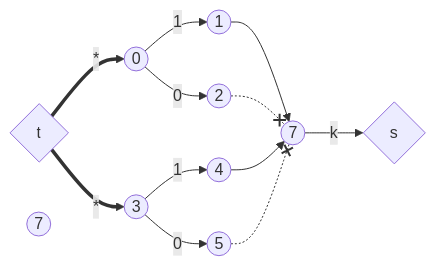
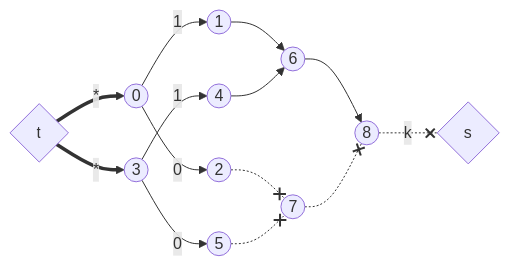
Before and after one commit to bfeitknecht/vault: the fourth of 4 diagrams in sem2/AuW/PV/cx/tour-de-suisse.md, drawn with Mermaid.

Commit message:
backup: 2024-07-02 00:06:42 from MacBook Pro (echo)
Affected files:
sem2/AuW/PV/cx/tour-de-suisse.md

````diff
--- a/sem2/AuW/PV/cx/tour-de-suisse.md
+++ b/sem2/AuW/PV/cx/tour-de-suisse.md
@@ -201,41 +201,39 @@
 ```mermaid
 flowchart LR
 
 idS{s}
 idT{t}
 
 ids0((0))
 ids1((3))
 
 ids0p1((1))
 ids0p2((2))
 
 ids1p1((4))
 ids1p2((5))
 
 idb0p1((6))
-idb0p1((7))
+idb0p2((7))
 
-idb0((7))
+idb0((8))
 
 %%%%%%%%%%%%%%%%%%%%%%%%%%%%%%%%%%%%%%
 
 idT ==>|"*"| ids0 & ids1
 
 ids0 -->|"1"| ids0p1
 ids0 -->|"0"| ids0p2
 
 ids1 -->|"1"| ids1p1
 ids1 -->|"0"| ids1p2
 
-ids0p1 --> idb0
-ids0p2 -.-x idb0
+ids0p1 --> idb0p1 --> idb0
+ids0p2 -.-x idb0p2
 
-ids1p1 --> idb0
-ids1p2 -.-x idb0
+ids1p1 --> idb0p1
+ids1p2 -.-x idb0p2 -.-x idb0
 
-
-
-idb0 -->|"k"| idS
+idb0 -.-x|"k"| idS
 
 ```
````
